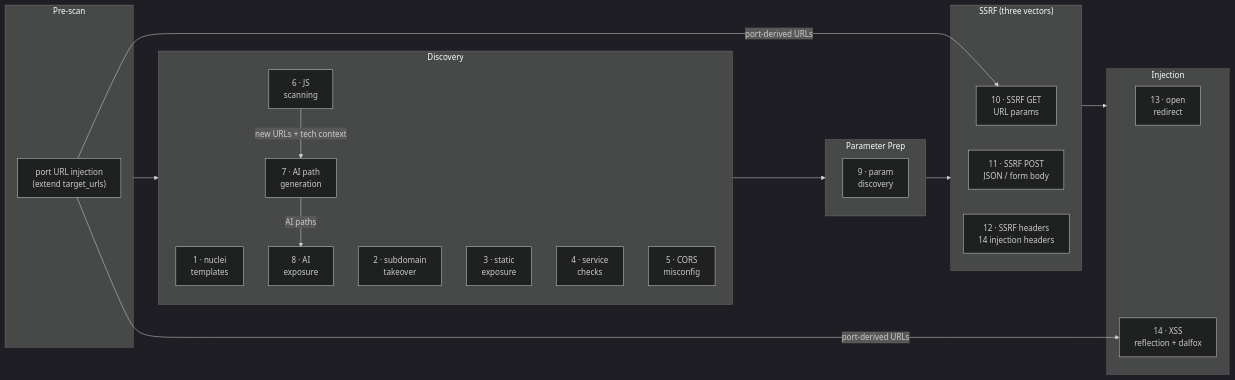
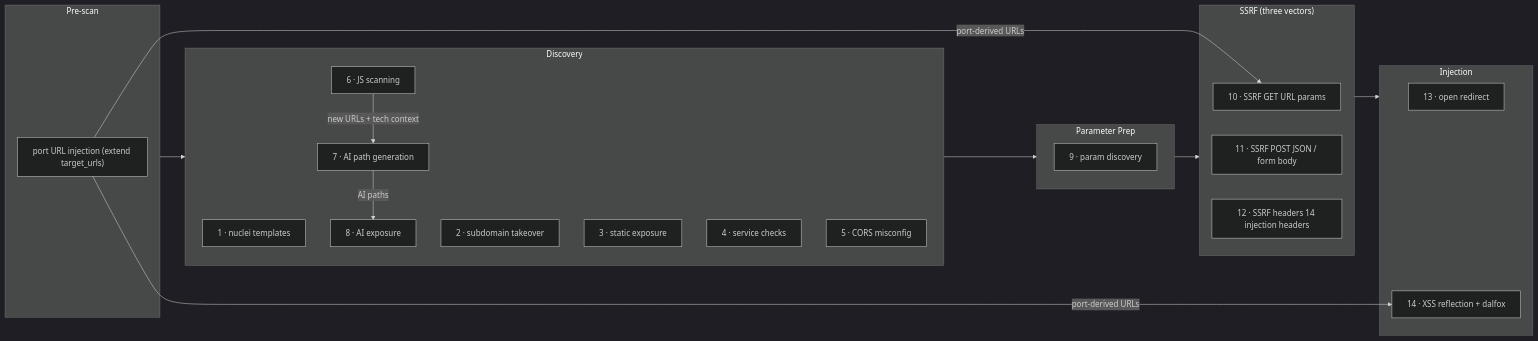
Before and after one commit to chegelawrence/liminal: the third of 12 diagrams in README.md, drawn with Mermaid (dark theme). The commit also changed other lines of this file, not shown here.

````diff
--- a/README.md
+++ b/README.md
@@ -239,39 +239,39 @@
 ```mermaid
 flowchart LR
     subgraph PRE["Pre-scan"]
-        P0["port URL injection\n(extend target_urls)"]
+        P0["port URL injection (extend target_urls)"]
     end
 
     subgraph FAST["Discovery"]
-        P1["1 · nuclei\ntemplates"]
-        P2["2 · subdomain\ntakeover"]
-        P3["3 · static\nexposure"]
-        P4["4 · service\nchecks"]
-        P5["5 · CORS\nmisconfig"]
-        P6["6 · JS\nscanning"]
-        P7["7 · AI path\ngeneration"]
-        P8["8 · AI\nexposure"]
+        P1["1 · nuclei templates"]
+        P2["2 · subdomain takeover"]
+        P3["3 · static exposure"]
+        P4["4 · service checks"]
+        P5["5 · CORS misconfig"]
+        P6["6 · JS scanning"]
+        P7["7 · AI path generation"]
+        P8["8 · AI exposure"]
     end
 
     subgraph PARAM["Parameter Prep"]
-        P9["9 · param\ndiscovery"]
+        P9["9 · param discovery"]
     end
 
     subgraph SSRF_BLOCK["SSRF (three vectors)"]
-        P10["10 · SSRF GET\nURL params"]
-        P11["11 · SSRF POST\nJSON / form body"]
-        P12["12 · SSRF headers\n14 injection headers"]
+        P10["10 · SSRF GET URL params"]
+        P11["11 · SSRF POST JSON / form body"]
+        P12["12 · SSRF headers 14 injection headers"]
     end
 
     subgraph INJECT["Injection"]
-        P13["13 · open\nredirect"]
-        P14["14 · XSS\nreflection + dalfox"]
+        P13["13 · open redirect"]
+        P14["14 · XSS reflection + dalfox"]
     end
 
     PRE --> FAST --> PARAM --> SSRF_BLOCK --> INJECT
 
     P6 --"new URLs + tech context"--> P7
     P7 --"AI paths"--> P8
     P0 --"port-derived URLs"--> P10
     P0 --"port-derived URLs"--> P14
 ```
````
